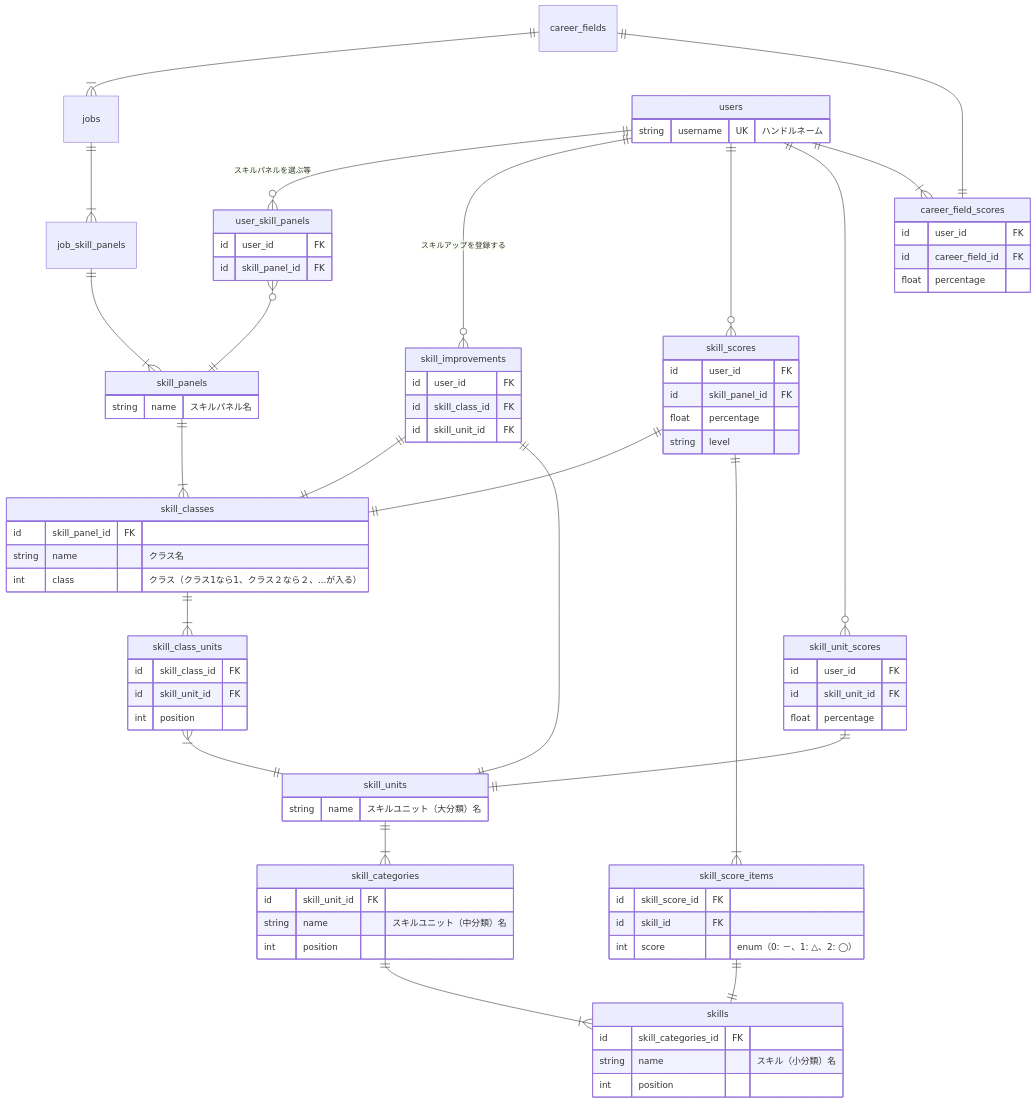
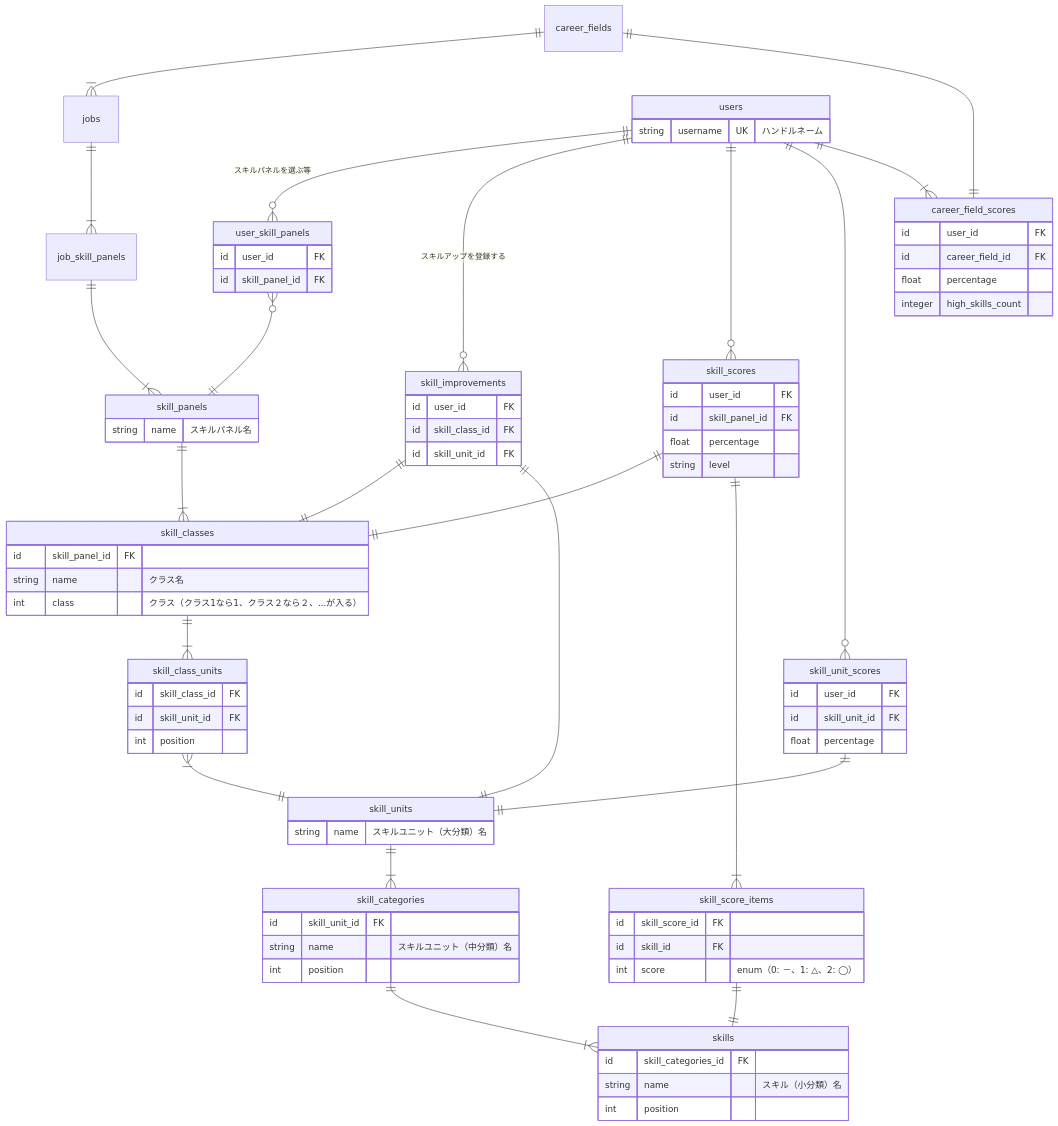
The second of 2 diagrams in docs/conceptual_schemas/skills.md (bright-org/bright), drawn with Mermaid before and after one commit. The commit also changed 2 other files, not shown here.

Commit message:
fix: career_field_scoresのスキル数保存用カラムの命名変更

````diff
--- a/docs/conceptual_schemas/skills.md
+++ b/docs/conceptual_schemas/skills.md
@@ -151,5 +151,6 @@
     id user_id FK
     id career_field_id FK
     float percentage
+    integer high_skills_count
   }
 ```
````
